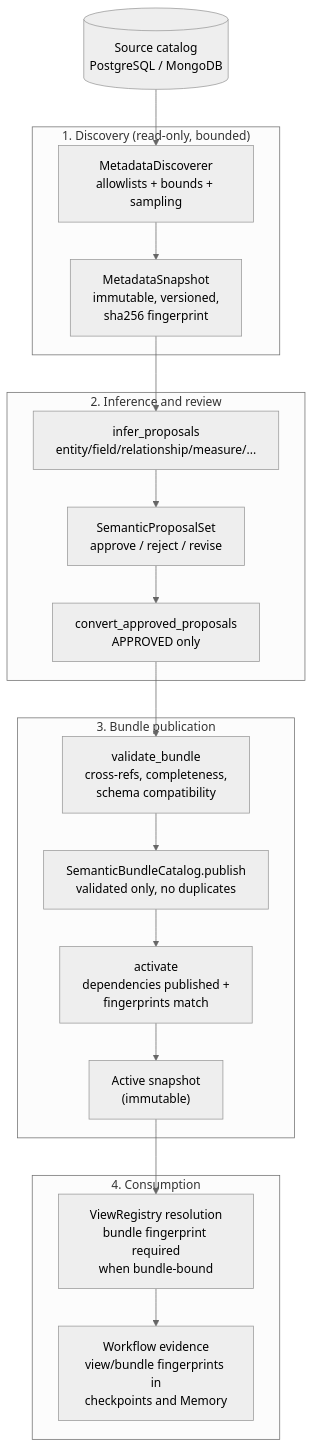
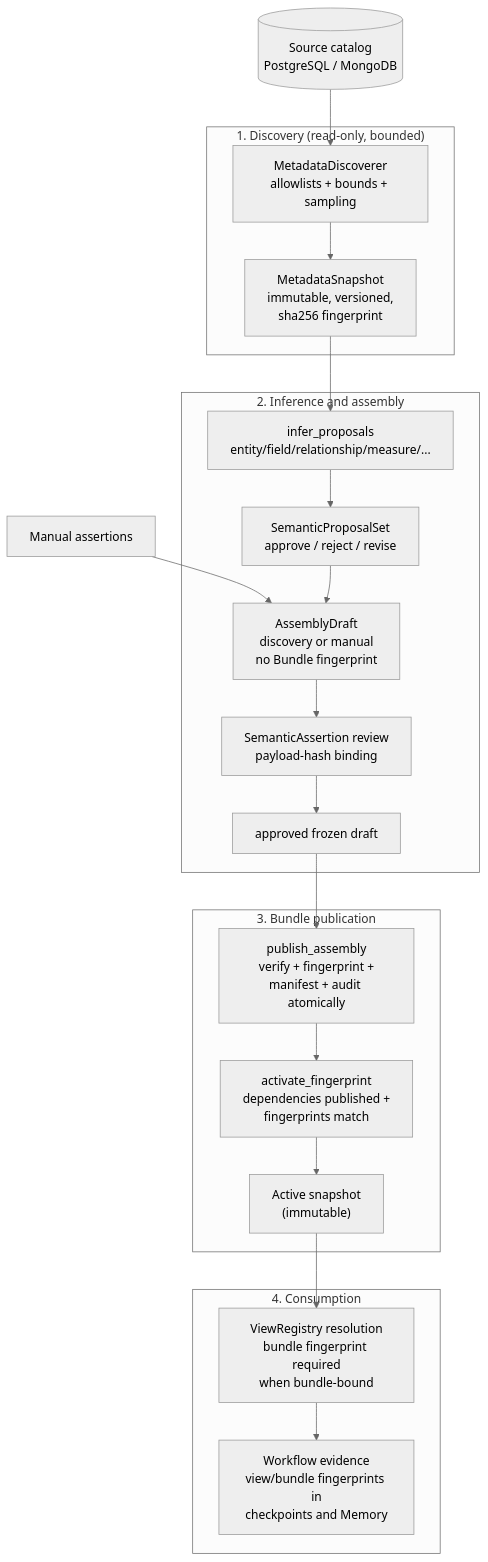
One commit to emmansun/nl2data-core changed the diagram in docs/architecture/metadata-lifecycle.md. Above: the diagram before and after it, drawn with Mermaid (neutral theme). The commit also changed other lines of this file and 74 other files, not shown here.

Commit message:
feat: add semantic assembly lifecycle

````diff
--- a/docs/architecture/metadata-lifecycle.md
+++ b/docs/architecture/metadata-lifecycle.md
@@ -13,38 +13,40 @@
 ```mermaid
 flowchart TD
     SRC[("Source catalog<br/>PostgreSQL / MongoDB")] --> DIS
 
     subgraph DISCOVERY["1. Discovery (read-only, bounded)"]
         DIS["MetadataDiscoverer<br/>allowlists + bounds + sampling"]
         SNAP["MetadataSnapshot<br/>immutable, versioned,<br/>sha256 fingerprint"]
     end
 
     DIS --> SNAP --> INF
 
-    subgraph INFERENCE["2. Inference and review"]
+    subgraph INFERENCE["2. Inference and assembly"]
         INF["infer_proposals<br/>entity/field/relationship/measure/..."]
-        REV["SemanticProposalSet<br/>approve / reject / revise"]
-        CONV["convert_approved_proposals<br/>APPROVED only"]
+      REV["SemanticProposalSet<br/>approve / reject / revise"]
+      DRAFT["AssemblyDraft<br/>discovery or manual<br/>no Bundle fingerprint"]
+      ASSERT["SemanticAssertion review<br/>payload-hash binding"]
+      APPROVE["approved frozen draft"]
     end
 
-    INF --> REV --> CONV
+    MAN["Manual assertions"] --> DRAFT
+    INF --> REV --> DRAFT --> ASSERT --> APPROVE
 
     subgraph BUNDLE["3. Bundle publication"]
-        VAL["validate_bundle<br/>cross-refs, completeness,<br/>schema compatibility"]
-        PUB["SemanticBundleCatalog.publish<br/>validated only, no duplicates"]
-        ACT["activate<br/>dependencies published +<br/>fingerprints match"]
+      PUB["publish_assembly<br/>verify + fingerprint +<br/>manifest + audit atomically"]
+      ACT["activate_fingerprint<br/>dependencies published +<br/>fingerprints match"]
         ACTSNAP["Active snapshot<br/>(immutable)"]
     end
 
-    CONV --> VAL --> PUB --> ACT --> ACTSNAP
+    APPROVE --> PUB --> ACT --> ACTSNAP
 
     subgraph USE["4. Consumption"]
         VIEW["ViewRegistry resolution<br/>bundle fingerprint required<br/>when bundle-bound"]
         WF["Workflow evidence<br/>view/bundle fingerprints in<br/>checkpoints and Memory"]
     end
 
     ACTSNAP --> VIEW --> WF
 
     classDef deny fill:#fdecea,stroke:#c62828
     classDef drift fill:#fff3cd,stroke:#d4a017
 ```
````
